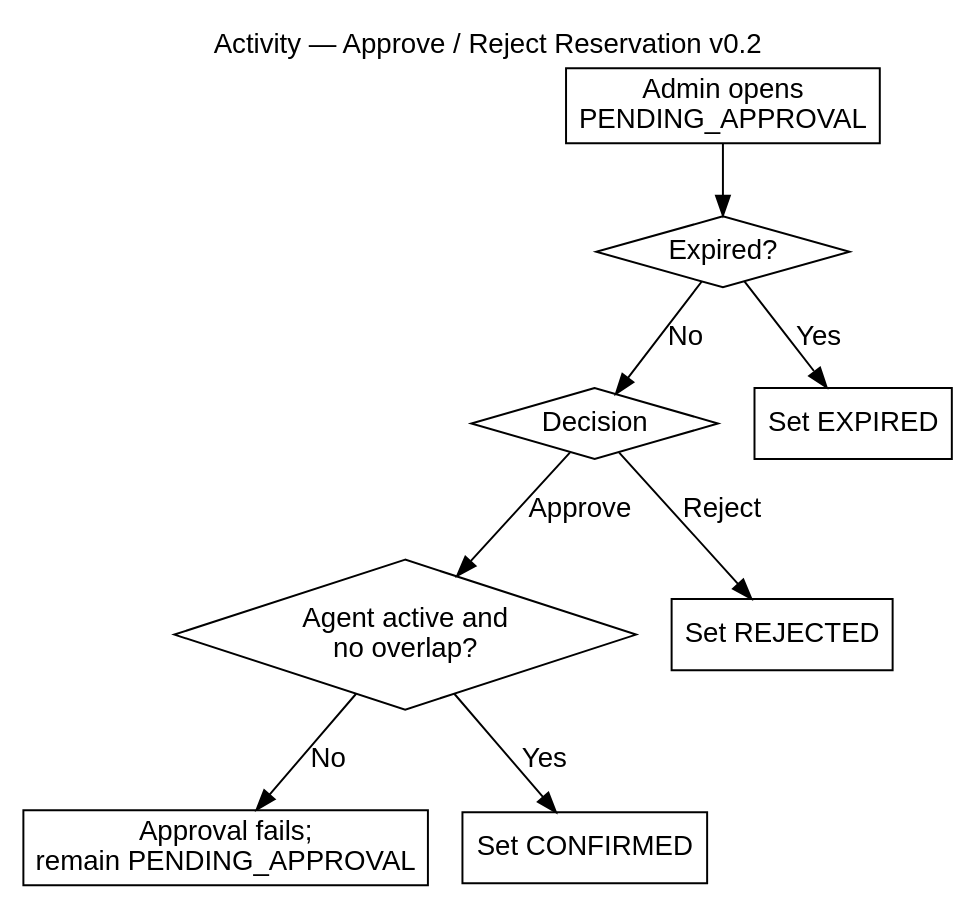
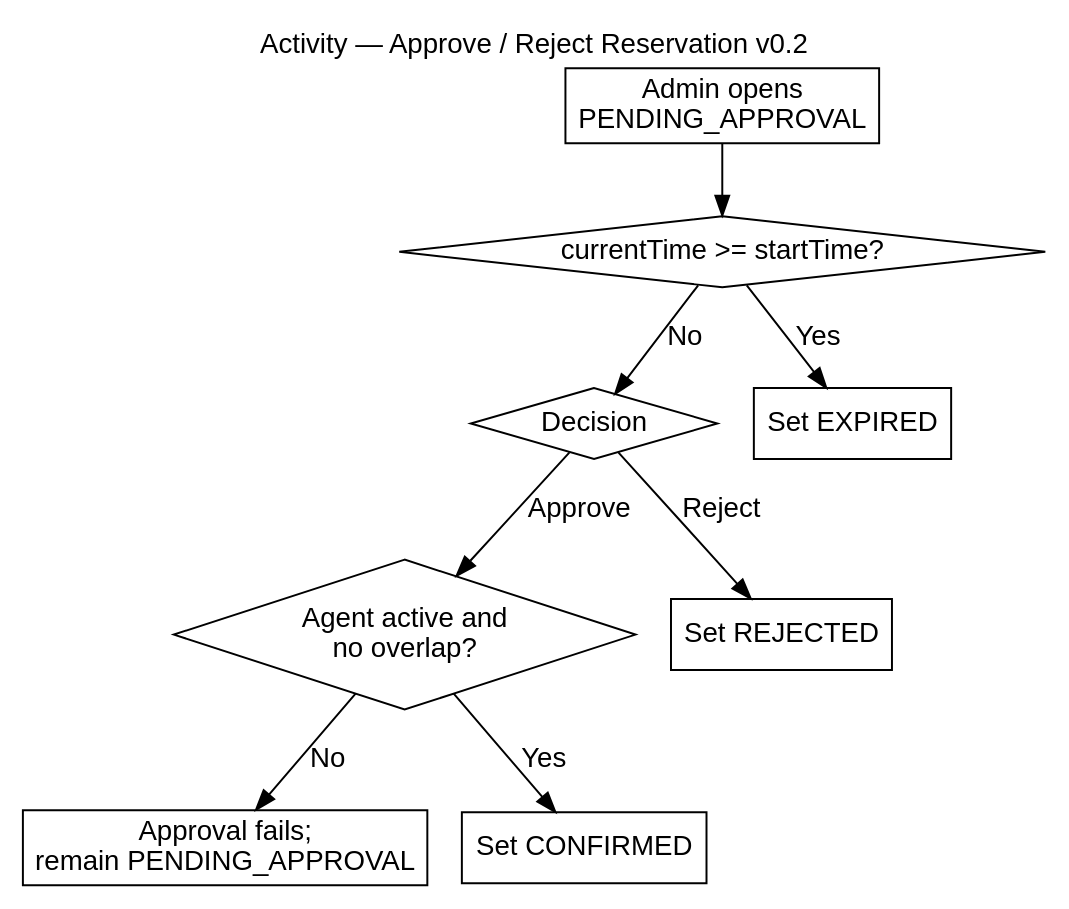
One commit to Ten-James/swi-proj changed the diagram in docs/diagrams/dot/10-activity-approve-v02.dot. Above: the diagram before and after it, drawn with Graphviz. The commit also changed 41 other files, not shown here.

```diff
--- a/docs/diagrams/dot/10-activity-approve-v02.dot
+++ b/docs/diagrams/dot/10-activity-approve-v02.dot
@@ -1,10 +1,10 @@
 digraph G {
   graph [rankdir=TB,fontname="Arial",labelloc="t",label="Activity — Approve / Reject Reservation v0.2"];
   node [fontname="Arial"]; edge [fontname="Arial"];
-  A [shape=box,label="Admin opens\nPENDING_APPROVAL"]; B [shape=diamond,label="Expired?"];
+  A [shape=box,label="Admin opens\nPENDING_APPROVAL"]; B [shape=diamond,label="currentTime >= startTime?"];
   C [shape=diamond,label="Decision"]; D [shape=diamond,label="Agent active and\nno overlap?"];
   E [shape=box,label="Set EXPIRED"]; R [shape=box,label="Set REJECTED"];
   X [shape=box,label="Approval fails;\nremain PENDING_APPROVAL"]; F [shape=box,label="Set CONFIRMED"];
   A->B; B->E[label="Yes"]; B->C[label="No"]; C->R[label="Reject"]; C->D[label="Approve"];
   D->X[label="No"]; D->F[label="Yes"];
 }
```
